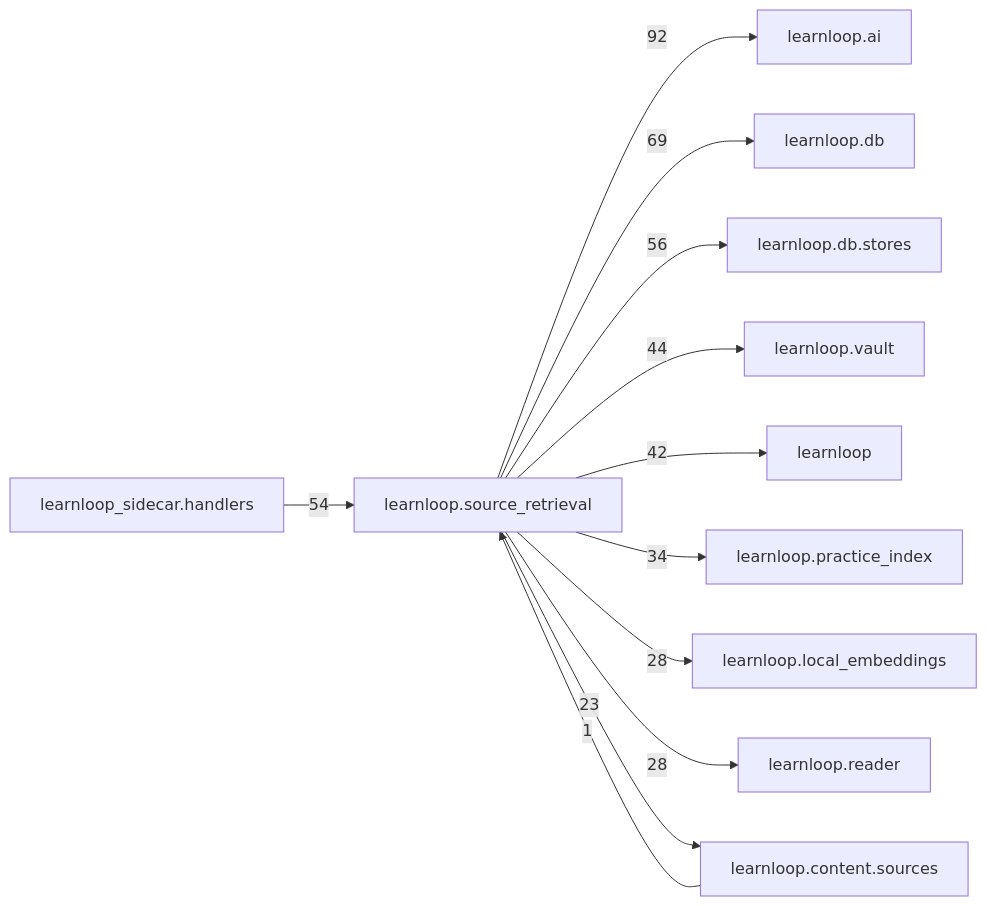
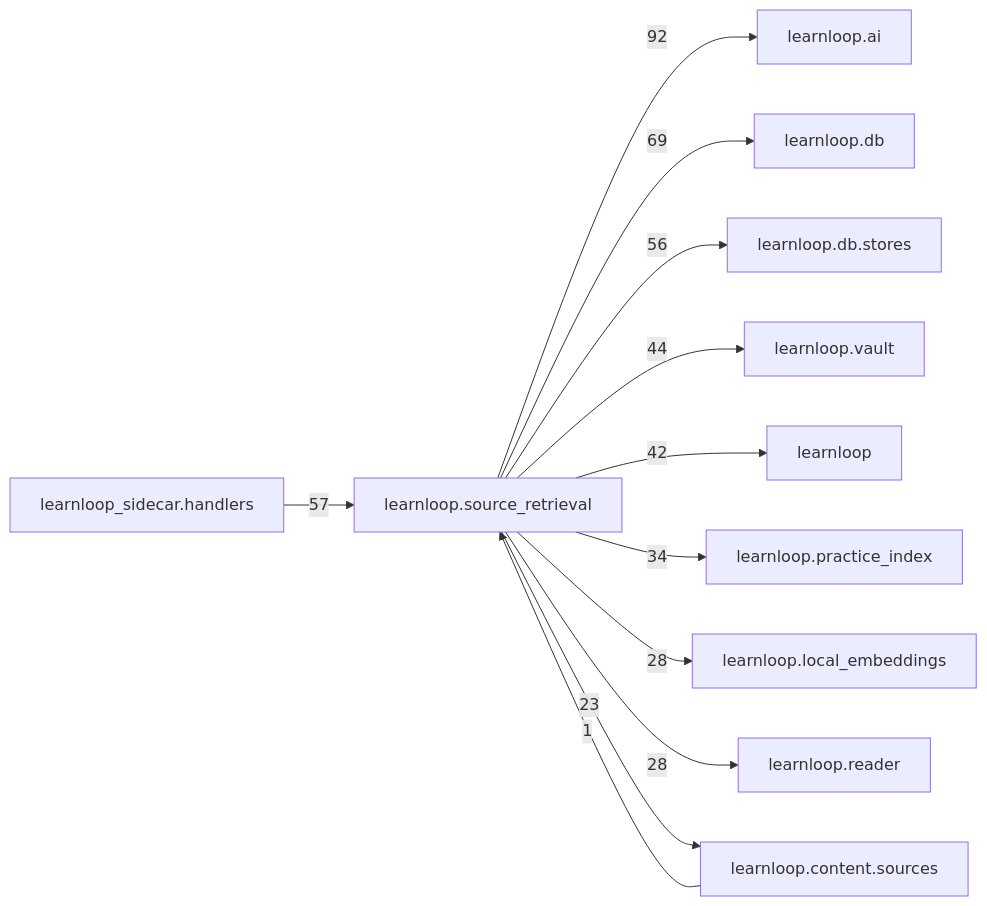
Before and after one commit to 6up-b/learnanything: the diagram in docs/learnloop-architecture-vault/Reference/Modules/learnloop/source_retrieval/_package.md, drawn with Mermaid. The commit also changed other lines of this file and 147 other files, not shown here.

````diff
--- a/docs/learnloop-architecture-vault/Reference/Modules/learnloop/source_retrieval/_package.md
+++ b/docs/learnloop-architecture-vault/Reference/Modules/learnloop/source_retrieval/_package.md
@@ -195,25 +195,25 @@
 ```mermaid
 flowchart LR
     center["learnloop.source_retrieval"]
     n_learnloop_ai["learnloop.ai"]
     n_learnloop_db["learnloop.db"]
+    n_learnloop_sidecar_handlers["learnloop_sidecar.handlers"]
     n_learnloop_db_stores["learnloop.db.stores"]
-    n_learnloop_sidecar_handlers["learnloop_sidecar.handlers"]
     n_learnloop_vault["learnloop.vault"]
     n_learnloop["learnloop"]
     n_learnloop_practice_index["learnloop.practice_index"]
     n_learnloop_local_embeddings["learnloop.local_embeddings"]
     n_learnloop_reader["learnloop.reader"]
     n_learnloop_content_sources["learnloop.content.sources"]
     center -->|92| n_learnloop_ai
     center -->|69| n_learnloop_db
+    n_learnloop_sidecar_handlers -->|57| center
     center -->|56| n_learnloop_db_stores
-    n_learnloop_sidecar_handlers -->|54| center
     center -->|44| n_learnloop_vault
     center -->|42| n_learnloop
     center -->|34| n_learnloop_practice_index
     center -->|28| n_learnloop_local_embeddings
     center -->|28| n_learnloop_reader
     n_learnloop_content_sources -->|1| center
     center -->|23| n_learnloop_content_sources
 ```
````
